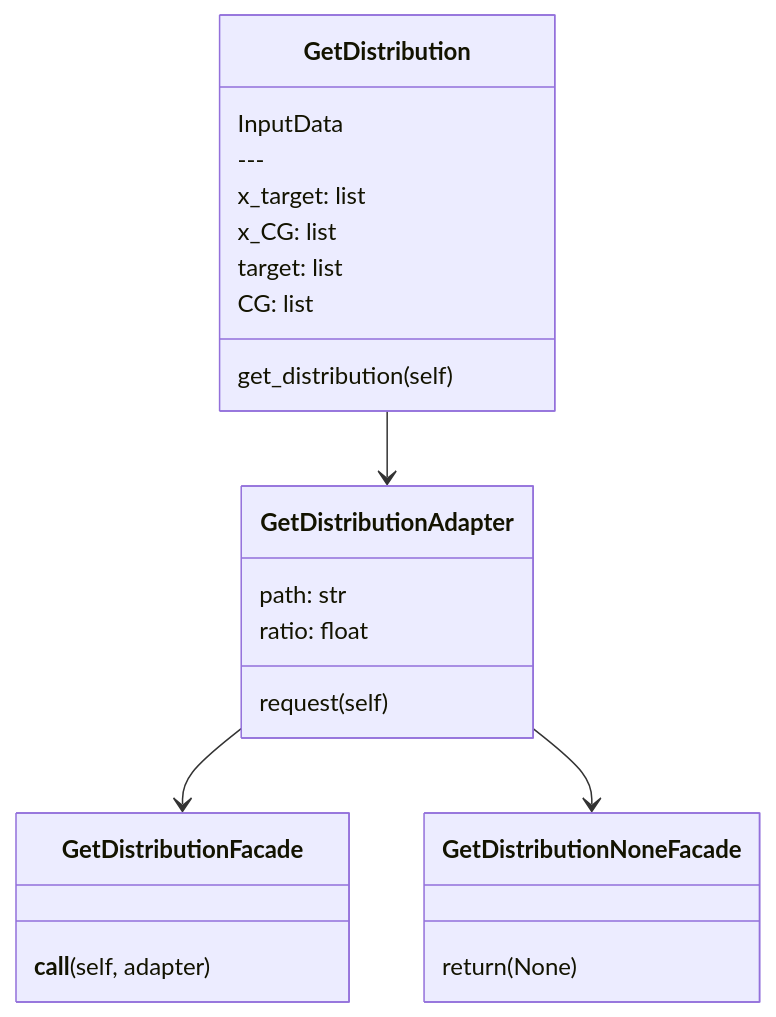
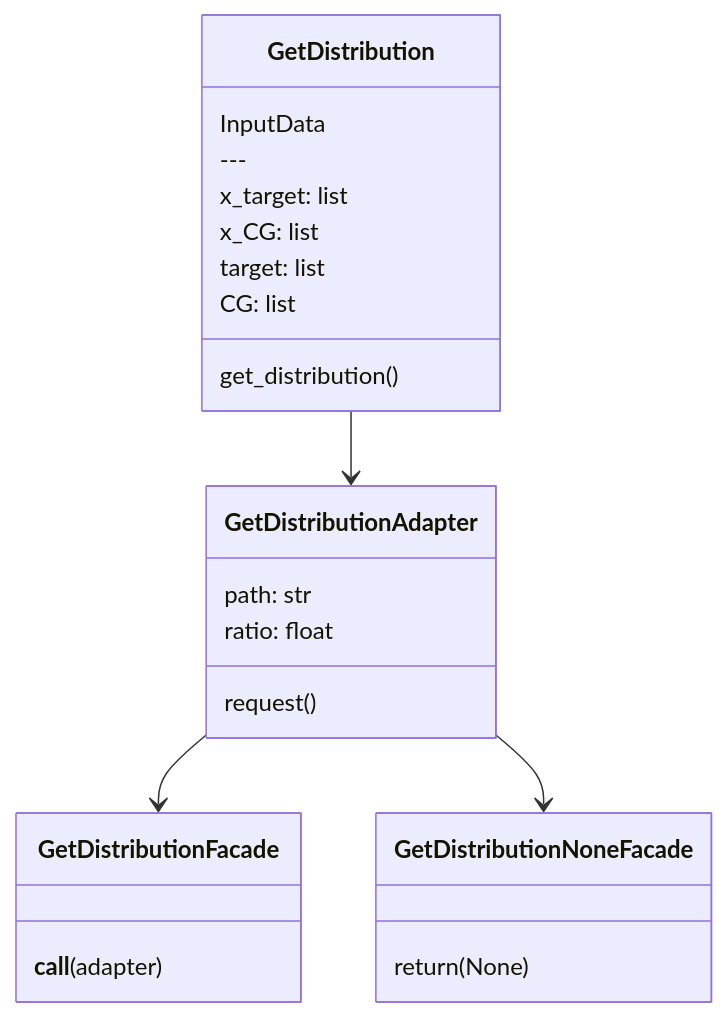
The first of 4 diagrams in README.md (FjShm/research), drawn with Mermaid before and after one commit. The commit also changed other lines of this file, not shown here.

````diff
--- a/README.md
+++ b/README.md
@@ -178,31 +175,31 @@
 ```mermaid
 classDiagram
 
 class GetDistribution{
     InputData
     ---
     x_target: list
     x_CG: list
     target: list
     CG: list
-    get_distribution(self)
+    get_distribution()
 }
 
 class GetDistributionAdapter{
     path: str
     ratio: float
-    request(self)
+    request()
 }
 
 class GetDistributionFacade{
-    __call__(self, adapter)
+    __call__(adapter)
 }
 
 class GetDistributionNoneFacade{
     return(None)
 }
 
 GetDistribution --> GetDistributionAdapter
 GetDistributionAdapter --> GetDistributionFacade
 GetDistributionAdapter --> GetDistributionNoneFacade
 ```
````
